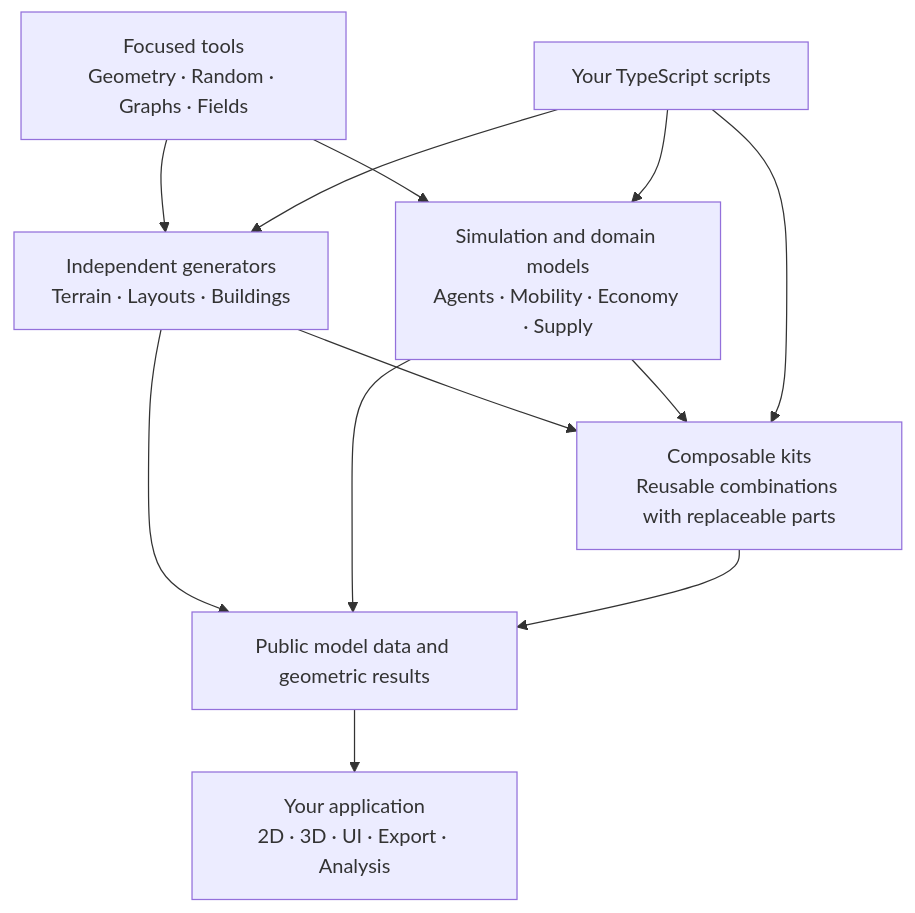
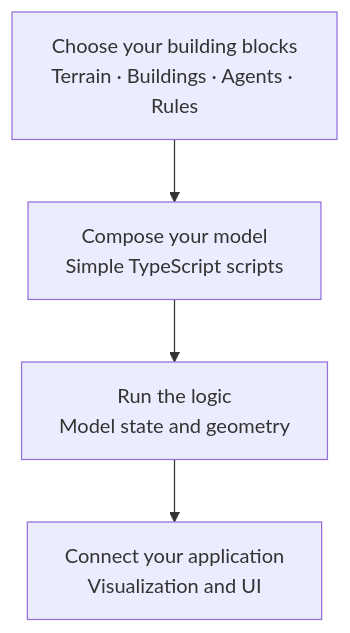
One commit to dweigend/city-library changed the diagram in README.md. Above: the diagram before and after it, drawn with Mermaid. The commit also changed other lines of this file, not shown here.

Commit message:
docs: simplify the high-level architecture diagram

````diff
--- a/README.md
+++ b/README.md
@@ -25,22 +25,9 @@
 ```mermaid
 flowchart TD
-    Tools["Focused tools<br/>Geometry · Random · Graphs · Fields"]
-    Generators["Independent generators<br/>Terrain · Layouts · Buildings"]
-    Models["Simulation and domain models<br/>Agents · Mobility · Economy · Supply"]
-    Kits["Composable kits<br/>Reusable combinations with replaceable parts"]
-    Scripts["Your TypeScript scripts"]
-    Data["Public model data and geometric results"]
-    Apps["Your application<br/>2D · 3D · UI · Export · Analysis"]
+    Blocks["Choose your building blocks<br/>Terrain · Buildings · Agents · Rules"]
+    Model["Compose your model<br/>Simple TypeScript scripts"]
+    Data["Run the logic<br/>Model state and geometry"]
+    App["Connect your application<br/>Visualization and UI"]
 
-    Tools --> Generators
-    Tools --> Models
-    Generators --> Kits
-    Models --> Kits
-    Scripts --> Generators
-    Scripts --> Models
-    Scripts --> Kits
-    Generators --> Data
-    Models --> Data
-    Kits --> Data
-    Data --> Apps
+    Blocks --> Model --> Data --> App
 ```
````
